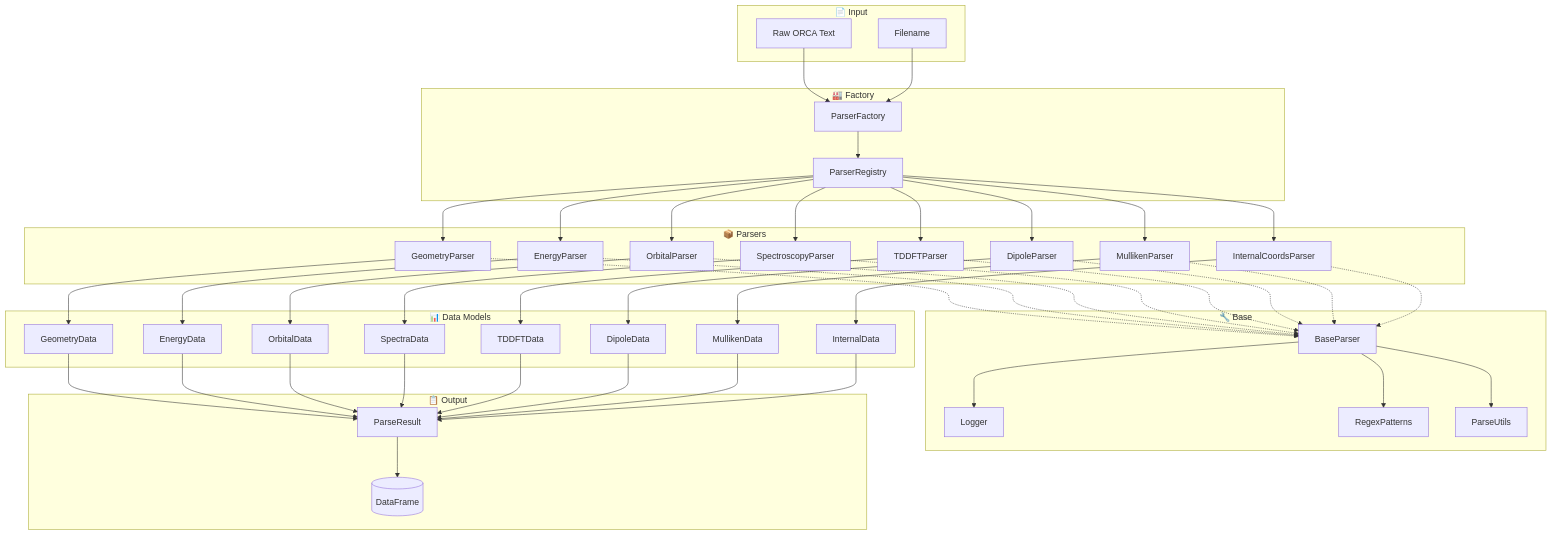
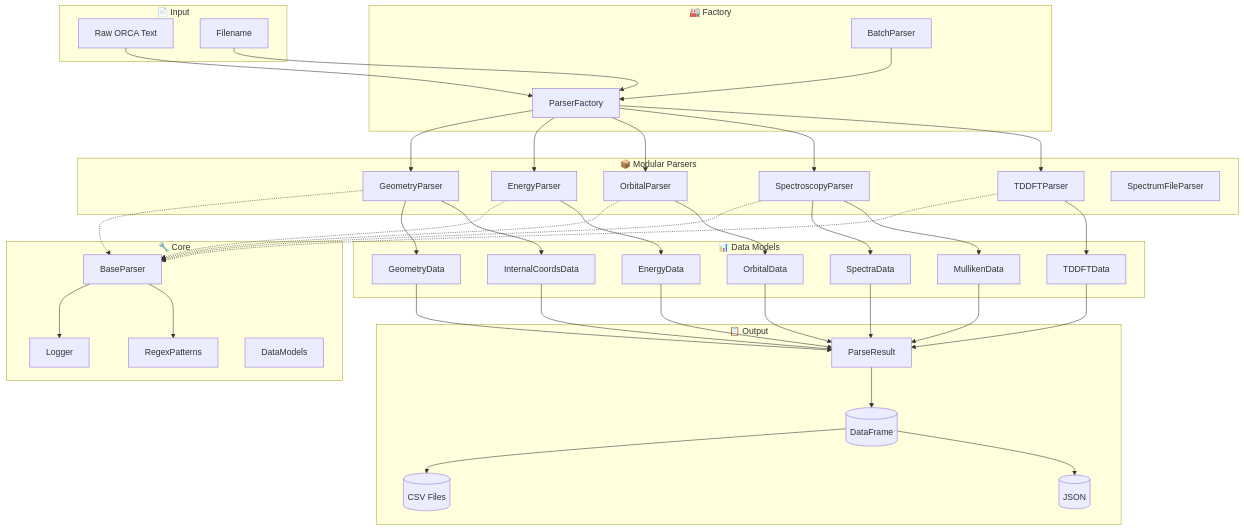
Before and after one commit to jauharmz/Orca_Files: the second of 7 diagrams in README.md, drawn with Mermaid. The commit also changed other lines of this file and 1 other file, not shown here.

Commit message:
docs: Update README with modular parser architecture, data components, and test instructions, and add a new tests README.

````diff
--- a/README.md
+++ b/README.md
@@ -161,64 +163,61 @@
 ```mermaid
 graph TB
     subgraph "📄 Input"
         TXT[Raw ORCA Text]
         FN[Filename]
     end
     
     subgraph "🏭 Factory"
         PF[ParserFactory]
-        PR[ParserRegistry]
+        BP[BatchParser]
     end
     
-    subgraph "🔧 Base"
-        BP[BaseParser]
+    subgraph "🔧 Core"
+        BASE[BaseParser]
         LOG[Logger]
         RX[RegexPatterns]
-        UT[ParseUtils]
+        DM[DataModels]
     end
     
-    subgraph "📦 Parsers"
+    subgraph "📦 Modular Parsers"
         GP[GeometryParser]
         EP[EnergyParser]
         OP[OrbitalParser]
         SCP[SpectroscopyParser]
         TP[TDDFTParser]
-        DP[DipoleParser]
-        MP[MullikenParser]
-        ICP[InternalCoordsParser]
+        SFP[SpectrumFileParser]
     end
     
     subgraph "📊 Data Models"
         GMD[GeometryData]
         EMD[EnergyData]
         OMD[OrbitalData]
         SMD[SpectraData]
         TMD[TDDFTData]
-        DMD[DipoleData]
         MMD[MullikenData]
-        IMD[InternalData]
+        IMD[InternalCoordsData]
     end
     
     subgraph "📋 Output"
         RES[ParseResult]
         DF[(DataFrame)]
+        CSV[(CSV Files)]
+        JSON[(JSON)]
     end
     
     TXT & FN --> PF
-    PF --> PR
-    PR --> GP & EP & OP & SCP & TP & DP & MP & ICP
+    PF --> GP & EP & OP & SCP & TP
+    BP --> PF
     
-    GP & EP & OP & SCP & TP & DP & MP & ICP -.-> BP
-    BP --> LOG & RX & UT
+    GP & EP & OP & SCP & TP -.-> BASE
+    BASE --> LOG & RX
     
-    GP --> GMD
+    GP --> GMD & IMD
     EP --> EMD
     OP --> OMD
-    SCP --> SMD
+    SCP --> SMD & MMD
     TP --> TMD
-    DP --> DMD
-    MP --> MMD
-    ICP --> IMD
     
-    GMD & EMD & OMD & SMD & TMD & DMD & MMD & IMD --> RES --> DF
+    GMD & EMD & OMD & SMD & TMD & MMD & IMD --> RES
+    RES --> DF --> CSV & JSON
 ```
````
